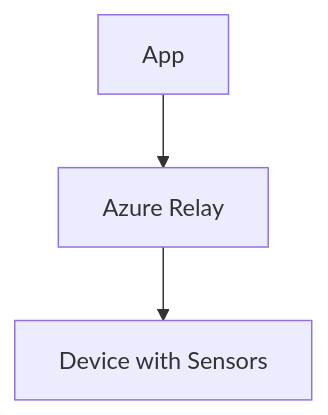
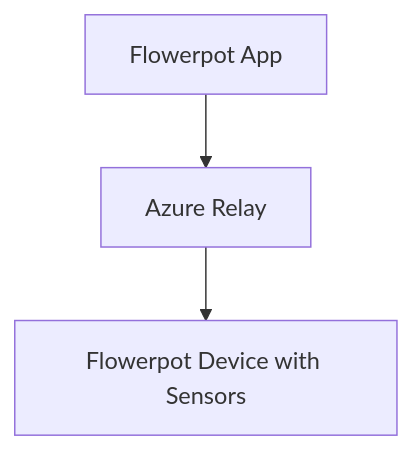
Before and after one commit to zdrgeo/Flowerpot: the diagram in Readme.md, drawn with Mermaid. The commit also changed other lines of this file and 3 other files, not shown here.

````diff
--- a/Readme.md
+++ b/Readme.md
@@ -3,4 +5,4 @@
 ```mermaid
 graph TD
-    A[App] --> AR[Azure Relay] --> D[Device with Sensors]
+    A[Flowerpot App] --> AR[Azure Relay] --> D[Flowerpot Device with Sensors]
 ```
````
